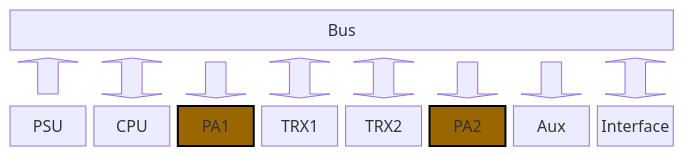
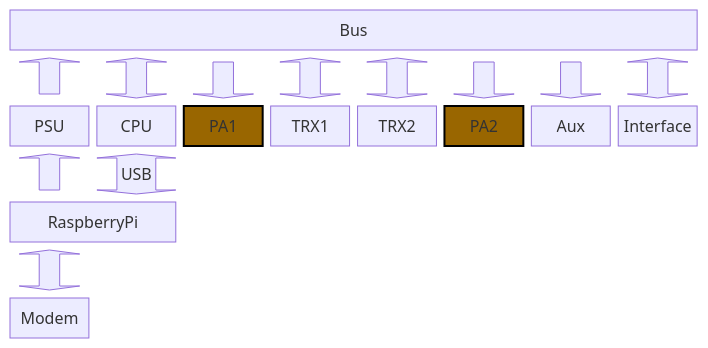
Before and after one commit to OE5XRX/OE5XRX.github.io: the diagram in docs/remote-station/hardware/PA.md, drawn with Mermaid. The commit also changed 10 other files, not shown here.

````diff
--- a/docs/remote-station/hardware/PA.md
+++ b/docs/remote-station/hardware/PA.md
@@ -9,23 +9,31 @@
 ```mermaid
 block-beta
 columns 8
 Bus:8
 blockArrowId1<["&nbsp;&nbsp;&nbsp;"]>(up)
 blockArrowId2<["&nbsp;&nbsp;&nbsp;"]>(updown)
 blockArrowId3<["&nbsp;&nbsp;&nbsp;"]>(down)
 blockArrowId4<["&nbsp;&nbsp;&nbsp;"]>(updown)
 blockArrowId5<["&nbsp;&nbsp;&nbsp;"]>(updown)
 blockArrowId6<["&nbsp;&nbsp;&nbsp;"]>(down)
 blockArrowId7<["&nbsp;&nbsp;&nbsp;"]>(down)
 blockArrowId8<["&nbsp;&nbsp;&nbsp;"]>(updown)
 PSU
 CPU
 PA1
 TRX1
 TRX2
 PA2
 Aux
 Interface
+blockArrowId9<["&nbsp;&nbsp;&nbsp;"]>(up)
+blockArrowId10<["USB"]>(updown)
+space:6
+RaspberryPi:2
+space:6
+blockArrowId13<["&nbsp;&nbsp;&nbsp;"]>(updown)
+space:7
+Modem
 style PA1 fill:#960,stroke:#000,stroke-width:2px
 style PA2 fill:#960,stroke:#000,stroke-width:2px
 ```
````
